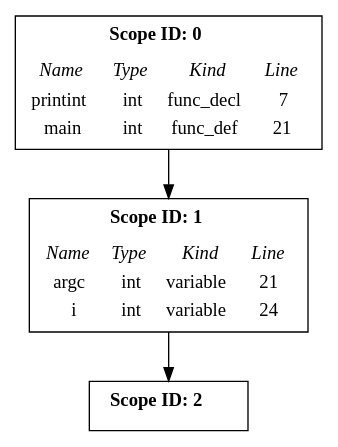
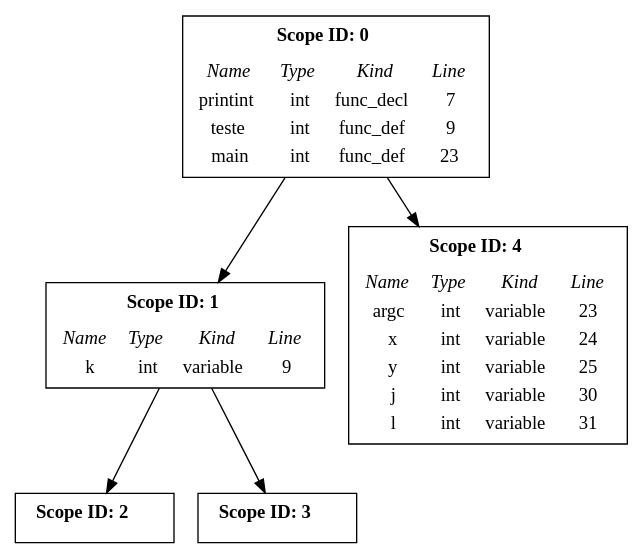
The diagram in table.dot (AlanVncs/compilador_1337), drawn with Graphviz before and after one commit. The commit also changed 6 other files, not shown here.

```diff
--- a/table.dot
+++ b/table.dot
@@ -1,59 +1,109 @@
 digraph {
 	graph [ordering="out"];
 	0[shape=record label=
 		<<table border="0">
 			<tr><td colspan="4"><b>Scope ID: 0</b></td></tr>
 			<tr><td></td></tr>
 			<tr>
 				<td><i>Name</i></td>
 				<td><i>Type</i></td>
 				<td><i>Kind</i></td>
 				<td><i>Line</i></td>
 			</tr>
 			<tr>
 				<td>printint</td>
 				<td>int</td>
 				<td>func_decl</td>
 				<td>7</td>
 			</tr>
 			<tr>
+				<td>teste</td>
+				<td>int</td>
+				<td>func_def</td>
+				<td>9</td>
+			</tr>
+			<tr>
 				<td>main</td>
 				<td>int</td>
 				<td>func_def</td>
-				<td>21</td>
+				<td>23</td>
 			</tr>
 		</table>>
 	];
 	1[shape=record label=
 		<<table border="0">
 			<tr><td colspan="4"><b>Scope ID: 1</b></td></tr>
 			<tr><td></td></tr>
 			<tr>
 				<td><i>Name</i></td>
 				<td><i>Type</i></td>
 				<td><i>Kind</i></td>
 				<td><i>Line</i></td>
 			</tr>
 			<tr>
-				<td>argc</td>
+				<td>k</td>
 				<td>int</td>
 				<td>variable</td>
-				<td>21</td>
-			</tr>
-			<tr>
-				<td>i</td>
-				<td>int</td>
-				<td>variable</td>
-				<td>24</td>
+				<td>9</td>
 			</tr>
 		</table>>
 	];
 	2[shape=record label=
 		<<table border="0">
 			<tr><td colspan="4"><b>Scope ID: 2</b></td></tr>
 			<tr><td></td></tr>
 		</table>>
 	];
 	1 -> 2
+	3[shape=record label=
+		<<table border="0">
+			<tr><td colspan="4"><b>Scope ID: 3</b></td></tr>
+			<tr><td></td></tr>
+		</table>>
+	];
+	1 -> 3
 	0 -> 1
+	4[shape=record label=
+		<<table border="0">
+			<tr><td colspan="4"><b>Scope ID: 4</b></td></tr>
+			<tr><td></td></tr>
+			<tr>
+				<td><i>Name</i></td>
+				<td><i>Type</i></td>
+				<td><i>Kind</i></td>
+				<td><i>Line</i></td>
+			</tr>
+			<tr>
+				<td>argc</td>
+				<td>int</td>
+				<td>variable</td>
+				<td>23</td>
+			</tr>
+			<tr>
+				<td>x</td>
+				<td>int</td>
+				<td>variable</td>
+				<td>24</td>
+			</tr>
+			<tr>
+				<td>y</td>
+				<td>int</td>
+				<td>variable</td>
+				<td>25</td>
+			</tr>
+			<tr>
+				<td>j</td>
+				<td>int</td>
+				<td>variable</td>
+				<td>30</td>
+			</tr>
+			<tr>
+				<td>l</td>
+				<td>int</td>
+				<td>variable</td>
+				<td>31</td>
+			</tr>
+		</table>>
+	];
+	0 -> 4
 }
```
